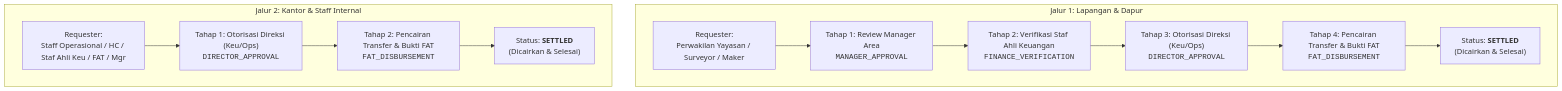
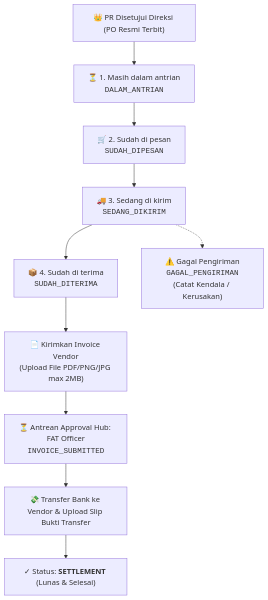
One commit to alfaqih1108/erp-mms changed the diagram in walkthrough.md. Above: the diagram before and after it, drawn with Mermaid. The commit also changed other lines of this file and 9 other files, not shown here.

````diff
--- a/walkthrough.md
+++ b/walkthrough.md
@@ -40,16 +11,13 @@
 ```mermaid
 flowchart TD
-    subgraph Jalur 1: Lapangan & Dapur
-        R1["Requester:<br>Perwakilan Yayasan / Surveyor / Maker"] --> S1["Tahap 1: Review Manager Area<br><code>MANAGER_APPROVAL</code>"]
-        S1 --> S2["Tahap 2: Verifikasi Staf Ahli Keuangan<br><code>FINANCE_VERIFICATION</code>"]
-        S2 --> S3["Tahap 3: Otorisasi Direksi (Keu/Ops)<br><code>DIRECTOR_APPROVAL</code>"]
-        S3 --> S4["Tahap 4: Pencairan Transfer & Bukti FAT<br><code>FAT_DISBURSEMENT</code>"]
-        S4 --> END1["Status: <b>SETTLED</b><br>(Dicairkan & Selesai)"]
-    end
-
-    subgraph Jalur 2: Kantor & Staff Internal
-        R2["Requester:<br>Staff Operasional / HC / Staf Ahli Keu / FAT / Mgr"] --> J2_S1["Tahap 1: Otorisasi Direksi (Keu/Ops)<br><code>DIRECTOR_APPROVAL</code>"]
-        J2_S1 --> J2_S2["Tahap 2: Pencairan Transfer & Bukti FAT<br><code>FAT_DISBURSEMENT</code>"]
-        J2_S2 --> END2["Status: <b>SETTLED</b><br>(Dicairkan & Selesai)"]
-    end
+    PO["👑 PR Disetujui Direksi (PO Resmi Terbit)"] --> S1["⏳ 1. Masih dalam antrian<br><code>DALAM_ANTRIAN</code>"]
+    S1 --> S2["🛒 2. Sudah di pesan<br><code>SUDAH_DIPESAN</code>"]
+    S2 --> S3["🚚 3. Sedang di kirim<br><code>SEDANG_DIKIRIM</code>"]
+    S3 --> S4["📦 4. Sudah di terima<br><code>SUDAH_DITERIMA</code>"]
+    S3 -.-> S_FAIL["⚠️ Gagal Pengiriman<br><code>GAGAL_PENGIRIMAN</code><br>(Catat Kendala / Kerusakan)"]
+    
+    S4 --> INV["📄 Kirimkan Invoice Vendor<br>(Upload File PDF/PNG/JPG max 2MB)"]
+    INV --> FAT_Q["⏳ Antrean Approval Hub: FAT Officer<br><code>INVOICE_SUBMITTED</code>"]
+    FAT_Q --> FAT_TRF["💸 Transfer Bank ke Vendor & Upload Slip Bukti Transfer"]
+    FAT_TRF --> SETTLE["✓ Status: <b>SETTLEMENT</b> (Lunas & Selesai)"]
 ```
````
